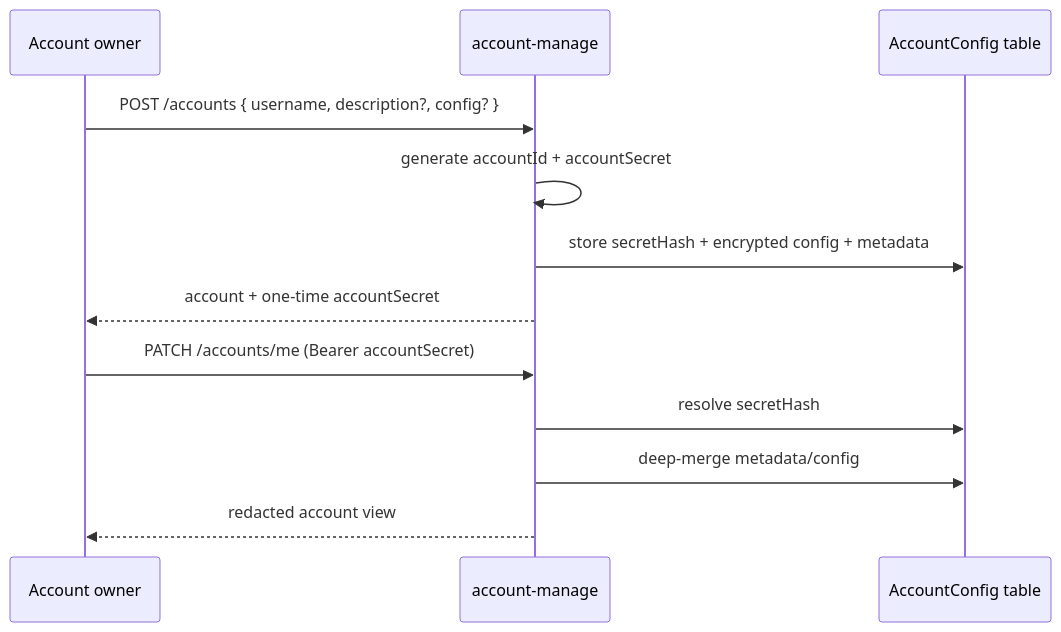
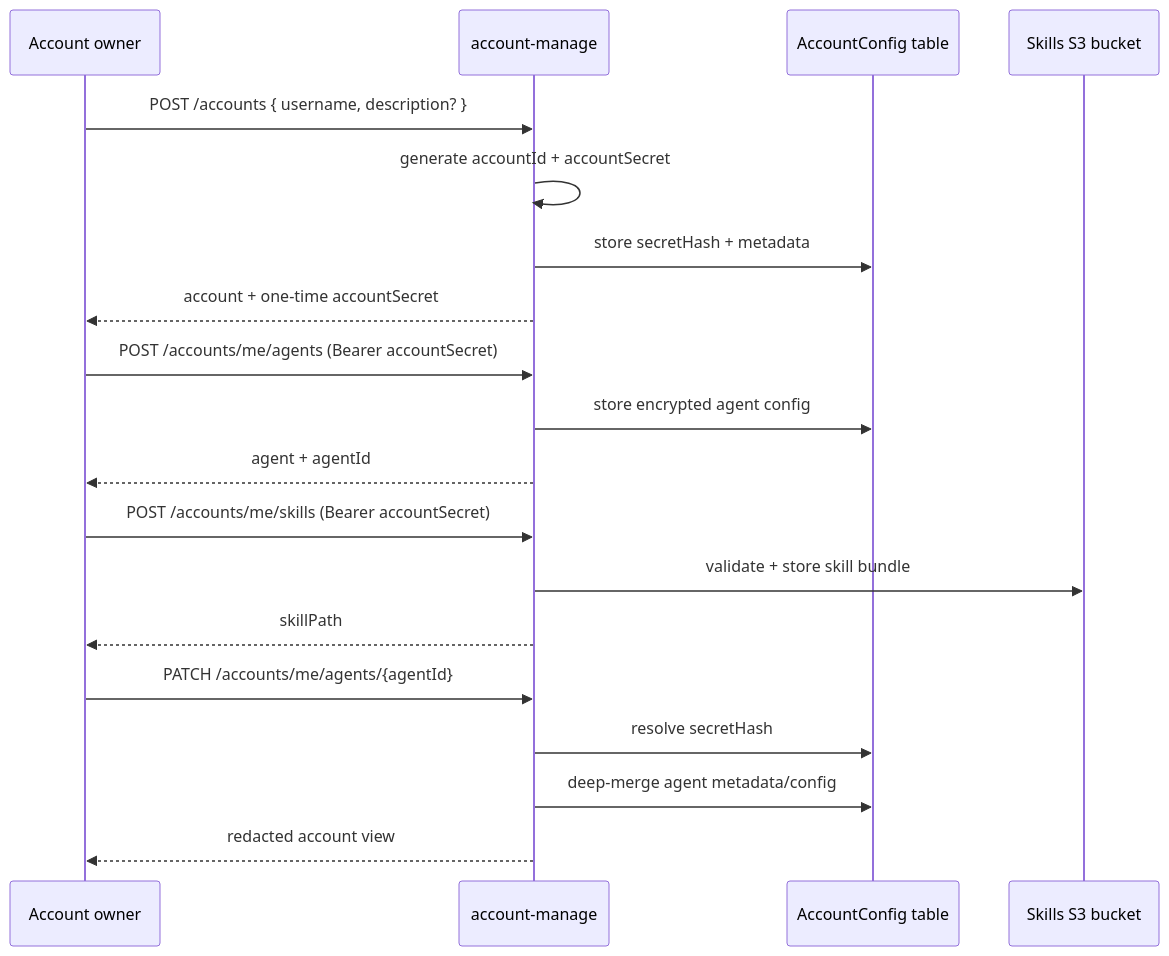
The fourth of 10 diagrams in docs/architecture.md (beeblastco/filthy-panty), drawn with Mermaid before and after one commit. The commit also changed other lines of this file and 187 other files, not shown here.

````diff
--- a/docs/architecture.md
+++ b/docs/architecture.md
@@ -78,16 +100,25 @@
 ```mermaid
 sequenceDiagram
   participant U as Account owner
   participant M as account-manage
   participant A as AccountConfig table
+  participant S as Skills S3 bucket
 
-  U->>M: POST /accounts { username, description?, config? }
+  U->>M: POST /accounts { username, description? }
   M->>M: generate accountId + accountSecret
-  M->>A: store secretHash + encrypted config + metadata
+  M->>A: store secretHash + metadata
   M-->>U: account + one-time accountSecret
 
-  U->>M: PATCH /accounts/me (Bearer accountSecret)
+  U->>M: POST /accounts/me/agents (Bearer accountSecret)
+  M->>A: store encrypted agent config
+  M-->>U: agent + agentId
+
+  U->>M: POST /accounts/me/skills (Bearer accountSecret)
+  M->>S: validate + store skill bundle
+  M-->>U: skillPath
+
+  U->>M: PATCH /accounts/me/agents/{agentId}
   M->>A: resolve secretHash
-  M->>A: deep-merge metadata/config
+  M->>A: deep-merge agent metadata/config
   M-->>U: redacted account view
 ```
````
